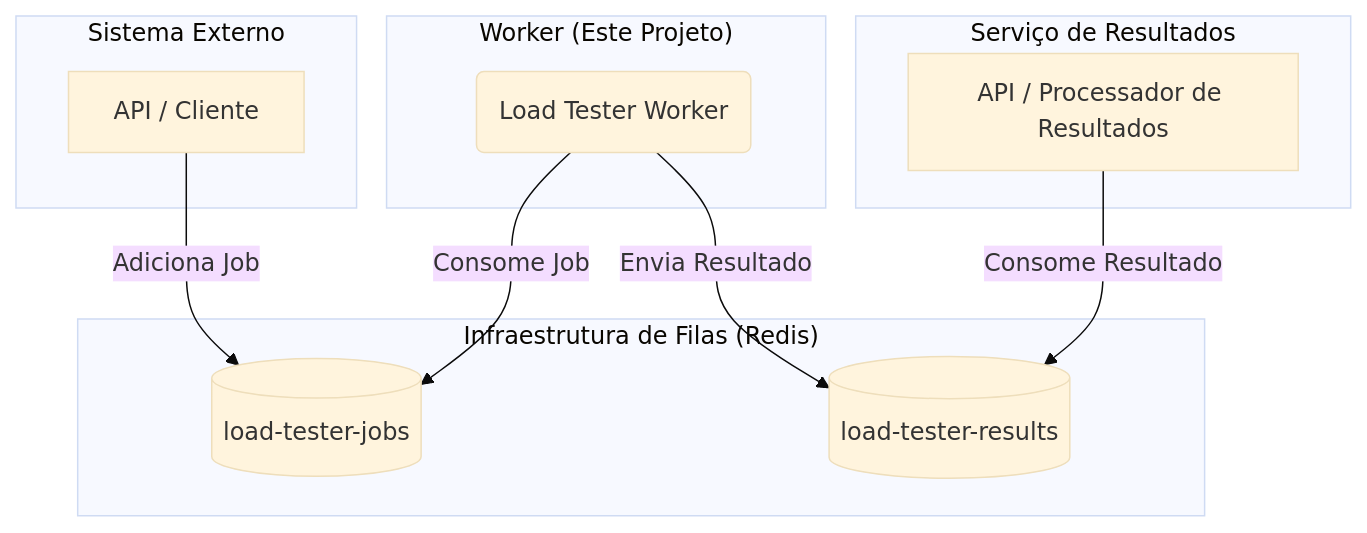
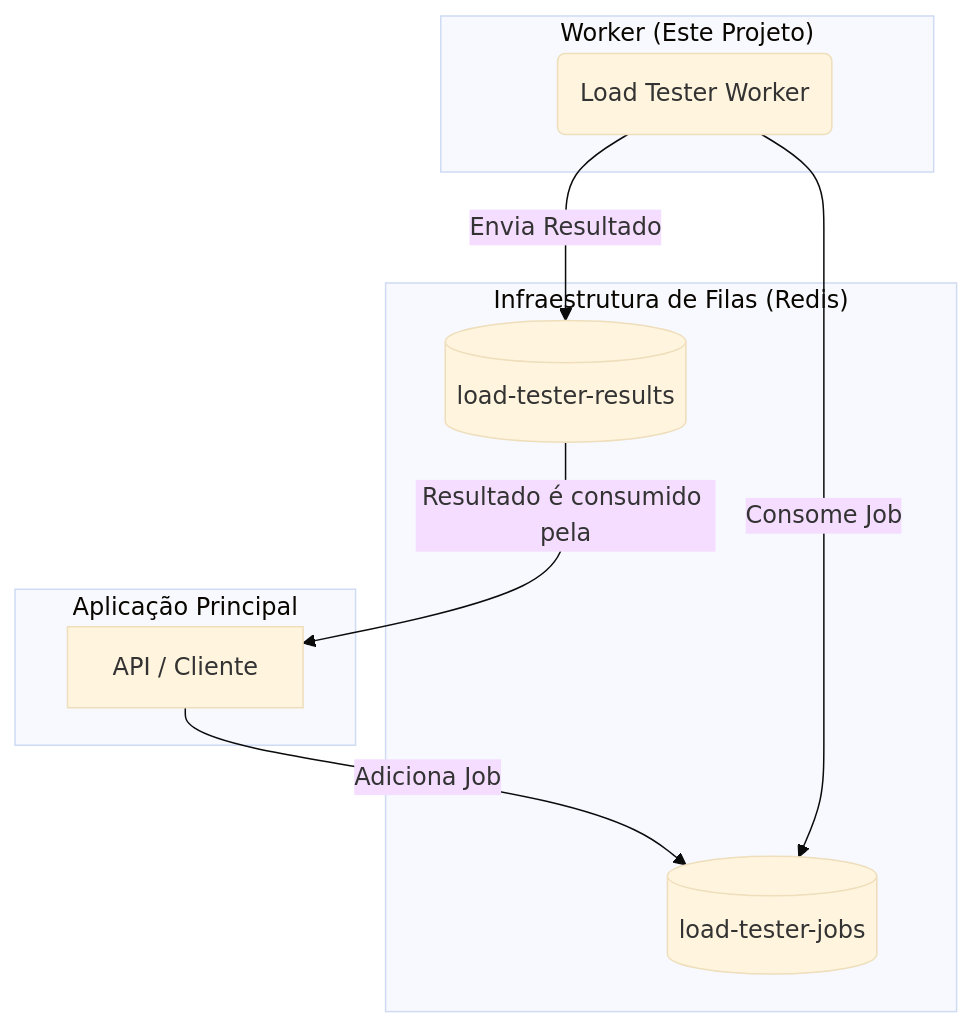
The diagram in README.md (luisfelix-93/load-tester-worker), drawn with Mermaid (base theme) before and after one commit. The commit also changed other lines of this file, not shown here.

Commit message:
20250811 - correção da documentação / regra de PR

````diff
--- a/README.md
+++ b/README.md
@@ -11,24 +11,20 @@
 ```mermaid
 graph TD
-    subgraph "Sistema Externo"
+    subgraph "Aplicação Principal"
         A[API / Cliente]
     end
 
     subgraph "Infraestrutura de Filas (Redis)"
         B[(load-tester-jobs)]
         D[(load-tester-results)]
     end
 
     subgraph "Worker (Este Projeto)"
         C(Load Tester Worker)
     end
-    
-    subgraph "Serviço de Resultados"
-        E[API / Processador de Resultados]
-    end
 
     A -- Adiciona Job --> B
     C -- Consome Job --> B
     C -- Envia Resultado --> D
-    E -- Consome Resultado --> D
+    D -- Resultado é consumido pela --> A
 ```
````
